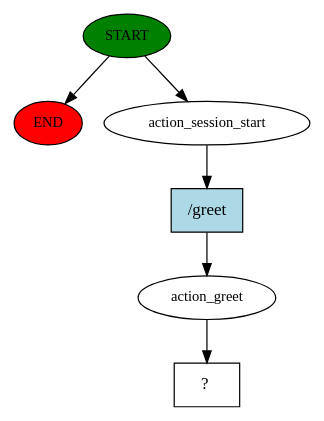
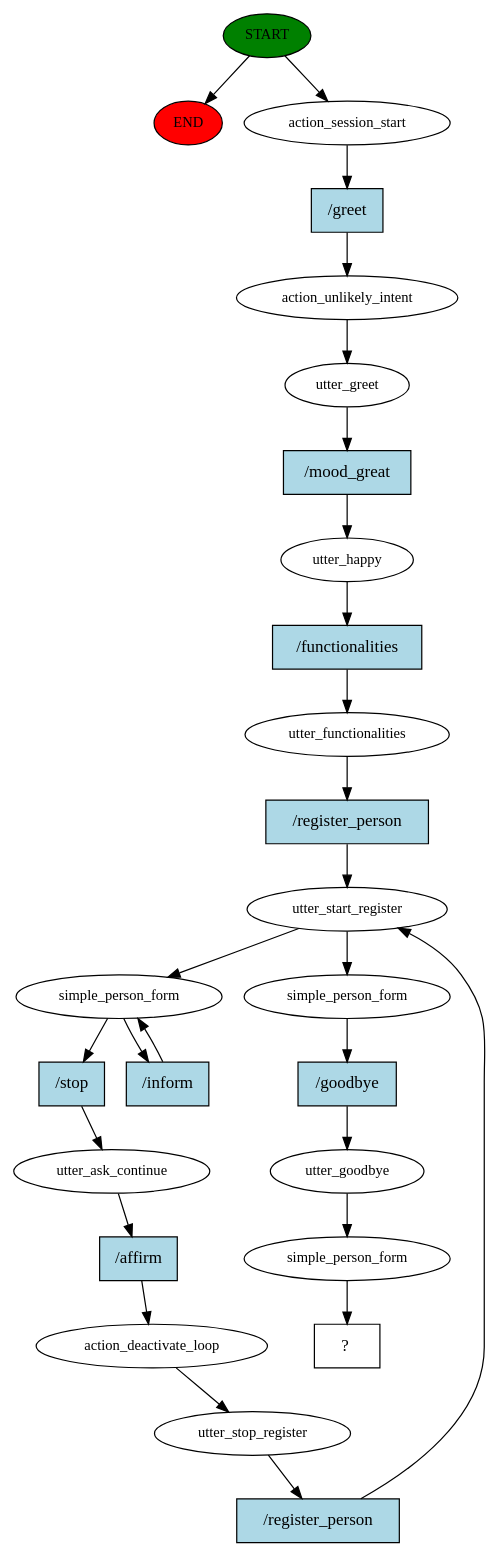
Before and after one commit to nathaliaspatricio/rasa-examples: the diagram in time/story_graph.dot, drawn with Graphviz. The commit also changed 293 other files, not shown here.

Commit message:
Person Form

```diff
--- a/time/story_graph.dot
+++ b/time/story_graph.dot
@@ -1,13 +1,53 @@
 digraph  {
 0 [class="start active", fillcolor=green, fontsize=12, label=START, style=filled];
 "-1" [class=end, fillcolor=red, fontsize=12, label=END, style=filled];
 1 [class=active, fontsize=12, label=action_session_start];
-2 [class=active, fontsize=12, label=action_greet];
-3 [class="intent dashed active", label="  ?  ", shape=rect];
-4 [class="intent active", fillcolor=lightblue, label="/greet", shape=rect, style=filled];
+2 [class=active, fontsize=12, label=action_unlikely_intent];
+3 [class=active, fontsize=12, label=utter_greet];
+4 [class=active, fontsize=12, label=utter_happy];
+5 [class=active, fontsize=12, label=utter_functionalities];
+6 [class=active, fontsize=12, label=utter_start_register];
+7 [class=active, fontsize=12, label=simple_person_form];
+9 [class=active, fontsize=12, label=utter_ask_continue];
+10 [class=active, fontsize=12, label=action_deactivate_loop];
+11 [class=active, fontsize=12, label=utter_stop_register];
+13 [class=active, fontsize=12, label=simple_person_form];
+14 [class=active, fontsize=12, label=utter_goodbye];
+15 [class=active, fontsize=12, label=simple_person_form];
+16 [class="intent dashed active", label="  ?  ", shape=rect];
+17 [class="intent active", fillcolor=lightblue, label="/greet", shape=rect, style=filled];
+18 [class="intent active", fillcolor=lightblue, label="/mood_great", shape=rect, style=filled];
+19 [class="intent active", fillcolor=lightblue, label="/functionalities", shape=rect, style=filled];
+20 [class="intent active", fillcolor=lightblue, label="/register_person", shape=rect, style=filled];
+21 [class="intent active", fillcolor=lightblue, label="/stop", shape=rect, style=filled];
+22 [class="intent active", fillcolor=lightblue, label="/inform", shape=rect, style=filled];
+23 [class="intent active", fillcolor=lightblue, label="/affirm", shape=rect, style=filled];
+24 [class="intent active", fillcolor=lightblue, label="/register_person", shape=rect, style=filled];
+25 [class="intent active", fillcolor=lightblue, label="/goodbye", shape=rect, style=filled];
 0 -> "-1"  [class="", key=NONE, label=""];
 0 -> 1  [class=active, key=NONE, label=""];
-1 -> 4  [class=active, key=0];
+1 -> 17  [class=active, key=0];
 2 -> 3  [class=active, key=NONE, label=""];
-4 -> 2  [class=active, key=0];
+3 -> 18  [class=active, key=0];
+4 -> 19  [class=active, key=0];
+5 -> 20  [class=active, key=0];
+6 -> 7  [class=active, key=NONE, label=""];
+6 -> 13  [class=active, key=NONE, label=""];
+7 -> 21  [class=active, key=0];
+7 -> 22  [class=active, key=0];
+9 -> 23  [class=active, key=0];
+10 -> 11  [class=active, key=NONE, label=""];
+11 -> 24  [class=active, key=0];
+13 -> 25  [class=active, key=0];
+14 -> 15  [class=active, key=NONE, label=""];
+15 -> 16  [class=active, key=NONE, label=""];
+17 -> 2  [class=active, key=0];
+18 -> 4  [class=active, key=0];
+19 -> 5  [class=active, key=0];
+20 -> 6  [class=active, key=0];
+21 -> 9  [class=active, key=0];
+22 -> 7  [class=active, key=0];
+23 -> 10  [class=active, key=0];
+24 -> 6  [class=active, key=0];
+25 -> 14  [class=active, key=0];
 }
```
